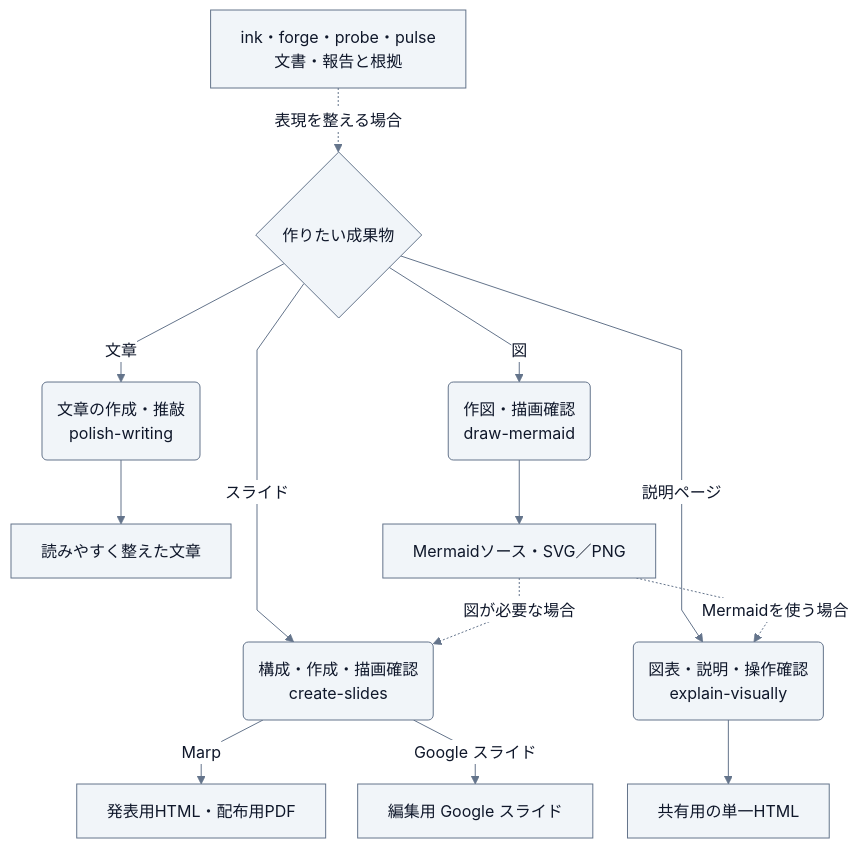
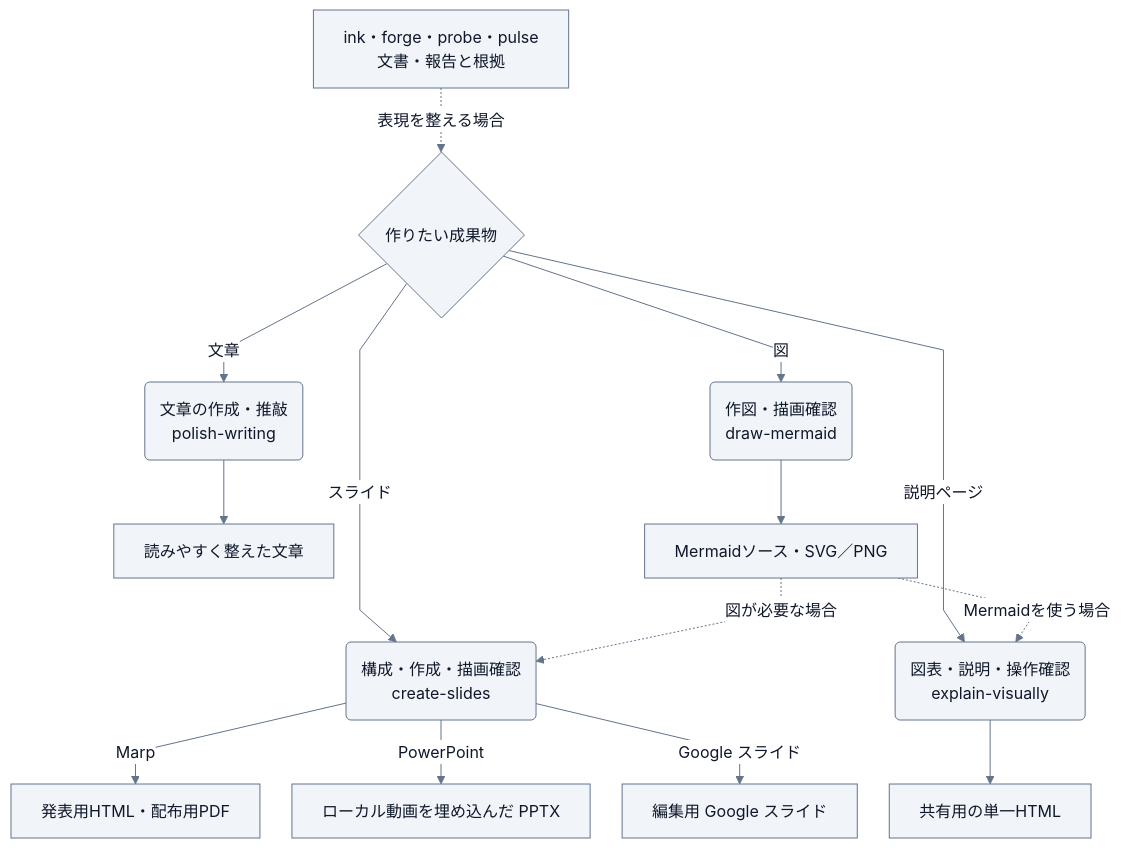
One commit to Wataru-Toriumi/agent-skills changed the diagram in plugins/sketch/README.md. Above: the diagram before and after it, drawn with Mermaid. The commit also changed other lines of this file and 5 other files, not shown here.

Commit message:
feat(sketch): embed local video in PowerPoint decks

````diff
--- a/plugins/sketch/README.md
+++ b/plugins/sketch/README.md
@@ -19,36 +19,37 @@
 ```mermaid
 ---
 config:
   theme: base
   look: classic
   fontFamily: sans-serif
   themeVariables:
     primaryColor: "#F1F5F9"
     primaryTextColor: "#0F172A"
     primaryBorderColor: "#64748B"
     lineColor: "#64748B"
     tertiaryColor: "#F8FAFC"
     clusterBkg: "#F8FAFC"
     clusterBorder: "#CBD5E1"
     edgeLabelBackground: "#FFFFFF"
   flowchart:
     wrappingWidth: 300
     curve: linear
     nodeSpacing: 32
     rankSpacing: 40
 ---
 flowchart TD
     source["ink・forge・probe・pulse<br/>文書・報告と根拠"] -. 表現を整える場合 .-> purpose
     purpose{"作りたい成果物"}
     purpose -->|文章| writing("文章の作成・推敲<br/>polish-writing")
     purpose -->|図| diagram("作図・描画確認<br/>draw-mermaid")
     purpose -->|スライド| slides("構成・作成・描画確認<br/>create-slides")
     purpose -->|説明ページ| explain("図表・説明・操作確認<br/>explain-visually")
     writing --> prose["読みやすく整えた文章"]
     diagram --> rendered["Mermaidソース・SVG／PNG"]
     rendered -. 図が必要な場合 .-> slides
     rendered -. Mermaidを使う場合 .-> explain
     slides -->|Marp| output["発表用HTML・配布用PDF"]
+    slides -->|PowerPoint| pptx["ローカル動画を埋め込んだ PPTX"]
     slides -->|Google スライド| deck["編集用 Google スライド"]
     explain --> page["共有用の単一HTML"]
 ```
````
